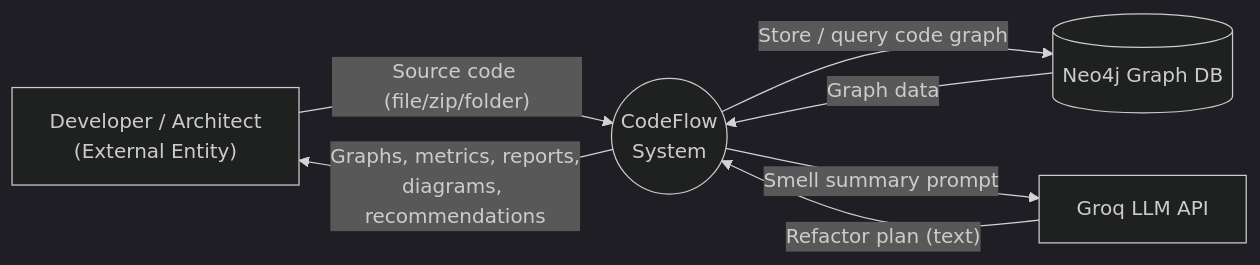
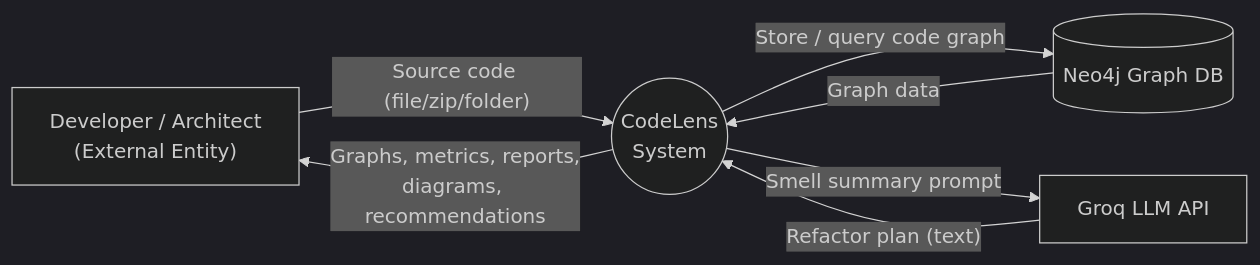
One commit to farjanasarker/Code_Base_Visualisation changed the diagram in docs/srs_diagrams/diagram_04.mmd. Above: the diagram before and after it, drawn with Mermaid (dark theme). The commit also changed 7 other files, not shown here.

```diff
--- a/docs/srs_diagrams/diagram_04.mmd
+++ b/docs/srs_diagrams/diagram_04.mmd
@@ -1,12 +1,12 @@
 flowchart LR
     User["Developer / Architect<br/>(External Entity)"]
-    System(("CodeFlow<br/>System"))
+    System(("CodeLens<br/>System"))
     Neo[("Neo4j Graph DB")]
     Groq["Groq LLM API"]
 
     User -- "Source code (file/zip/folder)" --> System
     System -- "Graphs, metrics, reports,<br/>diagrams, recommendations" --> User
     System -- "Store / query code graph" --> Neo
     Neo -- "Graph data" --> System
     System -- "Smell summary prompt" --> Groq
     Groq -- "Refactor plan (text)" --> System
```
